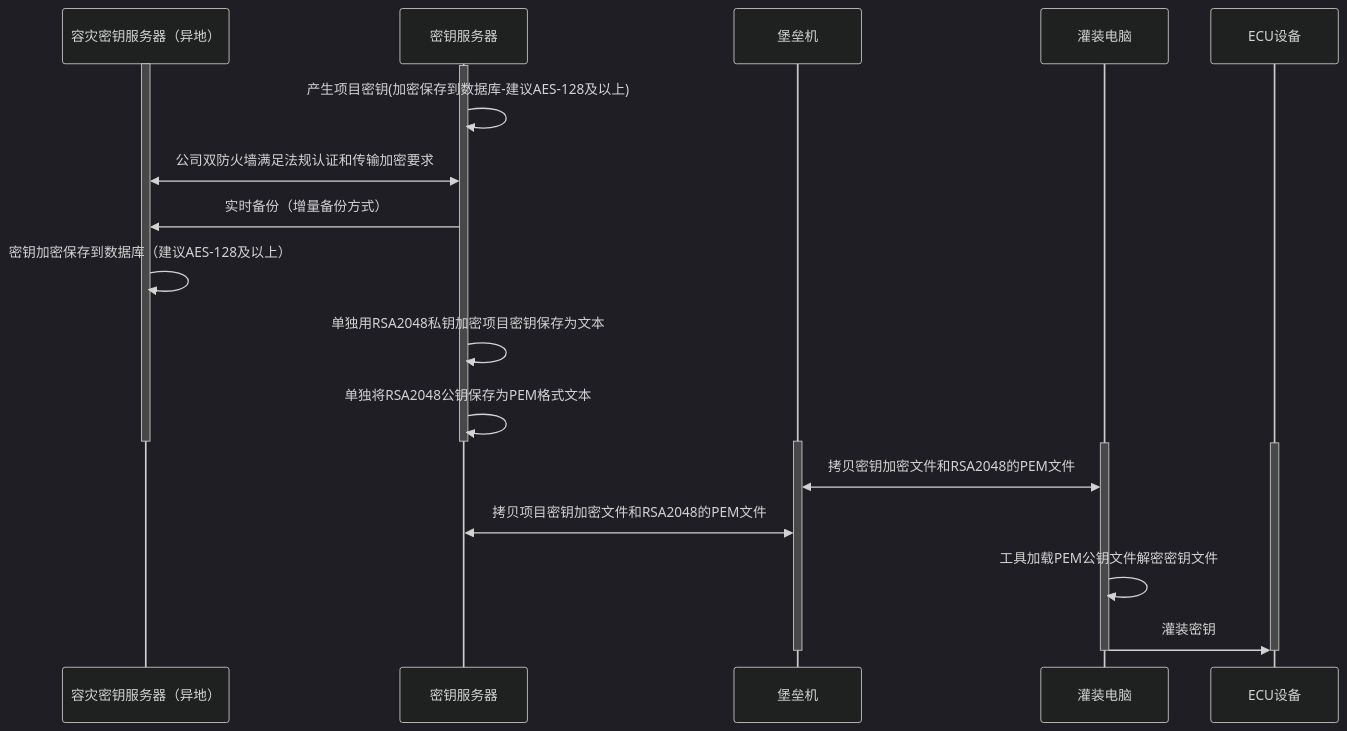
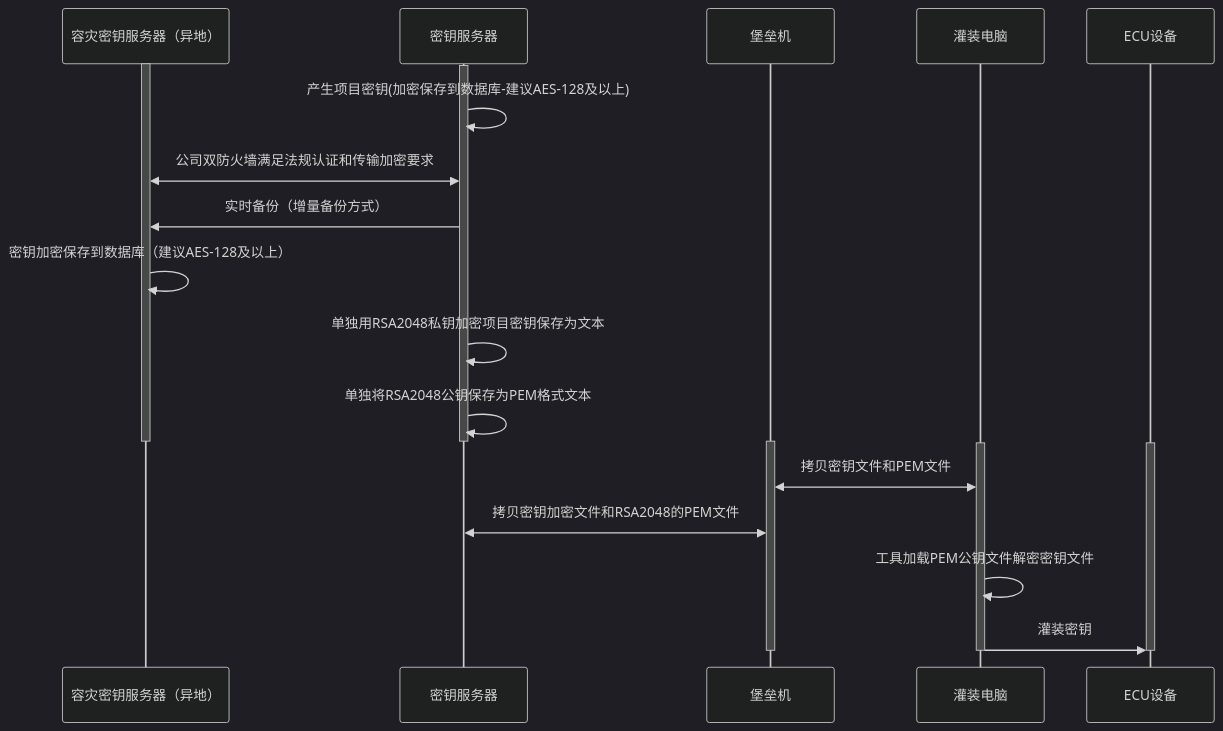
One commit to facebook-cloud/iodraw-files changed the diagram in all/未命名-15.md. Above: the diagram before and after it, drawn with Mermaid (dark theme).

Commit message:
2026-02-07 14:09:21 update

````diff
--- a/all/未命名-15.md
+++ b/all/未命名-15.md
@@ -1,32 +1,32 @@
 ```mermaid
 sequenceDiagram
     participant A as 容灾密钥服务器（异地）
     participant B as 密钥服务器
     participant C as 堡垒机
     participant D as 灌装电脑
     participant E as ECU设备
 
     activate A
     activate B
     B->>B: 产生项目密钥(加密保存到数据库-建议AES-128及以上)
     A<<->>B: 公司双防火墙满足法规认证和传输加密要求
     B->>A: 实时备份（增量备份方式）
     A->>A: 密钥加密保存到数据库（建议AES-128及以上）
     B->>B: 单独用RSA2048私钥加密项目密钥保存为文本
     B->>B: 单独将RSA2048公钥保存为PEM格式文本
     deactivate B
     deactivate A
 
     activate C
     activate D
     activate E
 
-    D<<->>C: 拷贝密钥加密文件和RSA2048的PEM文件
-    C<<->>B: 拷贝项目密钥加密文件和RSA2048的PEM文件
+    D<<->>C: 拷贝密钥文件和PEM文件
+    C<<->>B: 拷贝密钥加密文件和RSA2048的PEM文件
     D->>D:工具加载PEM公钥文件解密密钥文件
     D->>E: 灌装密钥
     deactivate C
     deactivate D
     deactivate E
 
 ```
````
